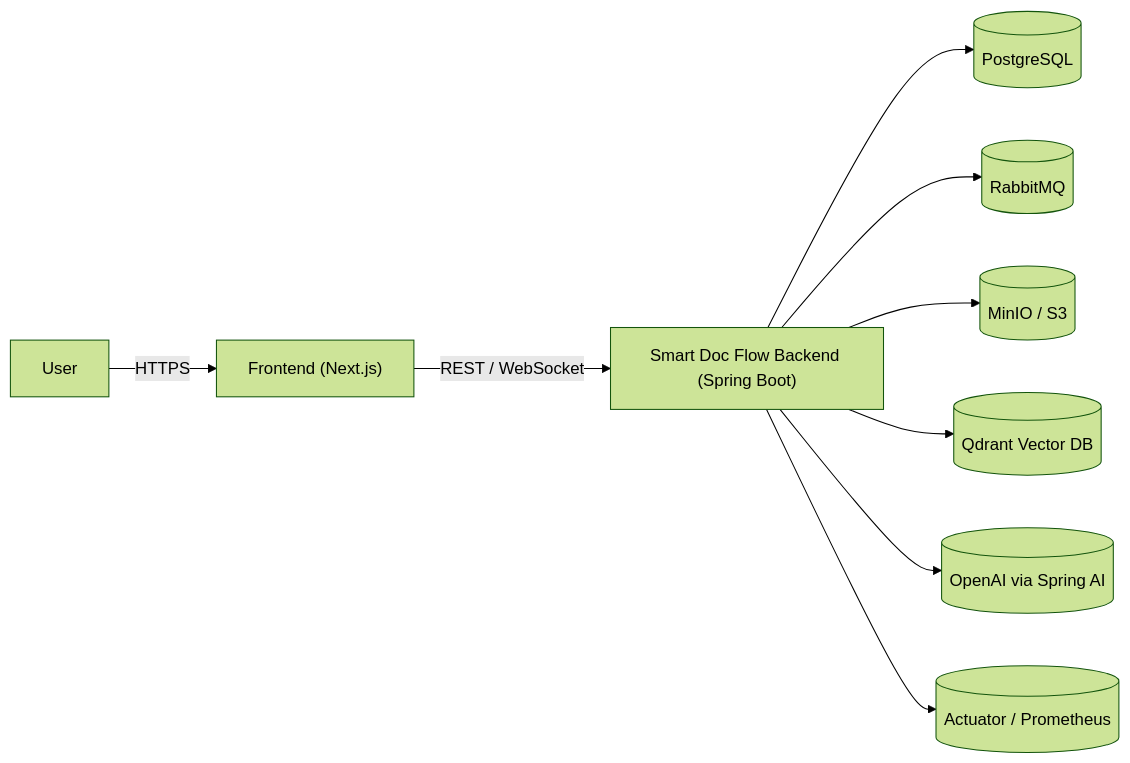
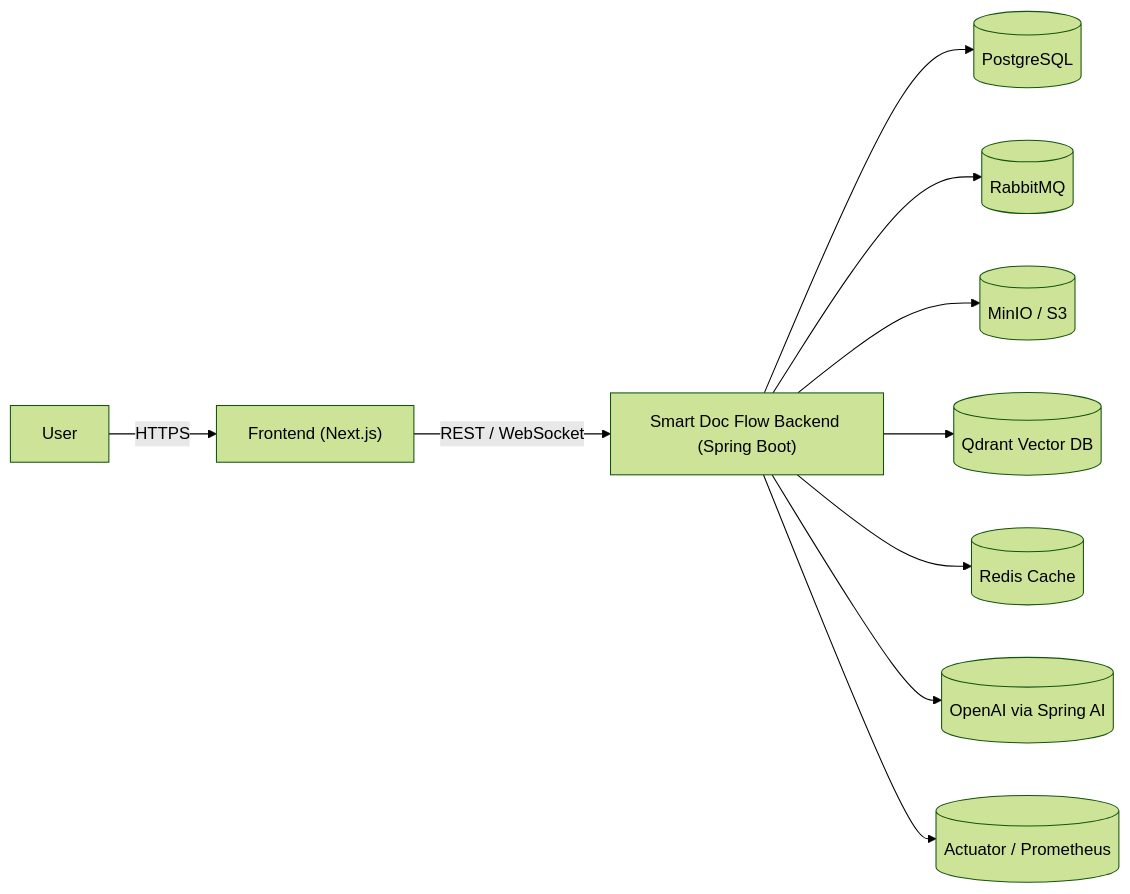
The first of 2 diagrams in README.md (baskaaleksander/smart-doc-flow-backend), drawn with Mermaid (forest theme) before and after one commit. The commit also changed other lines of this file, not shown here.

Commit message:
feat: add Redis caching for /auth/me endpoint to enhance performance and reduce DB load

````diff
--- a/README.md
+++ b/README.md
@@ -42,21 +44,23 @@
 ```mermaid
 flowchart LR
     User[User]
     FE["Frontend (Next.js)"]
     BE["Smart Doc Flow Backend (Spring Boot)"]
     PG[("PostgreSQL")]
     MQ[("RabbitMQ")]
     S3[("MinIO / S3")]
     VDB[("Qdrant Vector DB")]
+    REDIS[("Redis Cache")]
     OAI[("OpenAI via Spring AI")]
     Obs[("Actuator / Prometheus")]
 
     User -->|HTTPS| FE
     FE -->|"REST / WebSocket"| BE
     BE --> PG
     BE --> MQ
     BE --> S3
     BE --> VDB
+    BE --> REDIS
     BE --> OAI
     BE --> Obs
 ```
````
